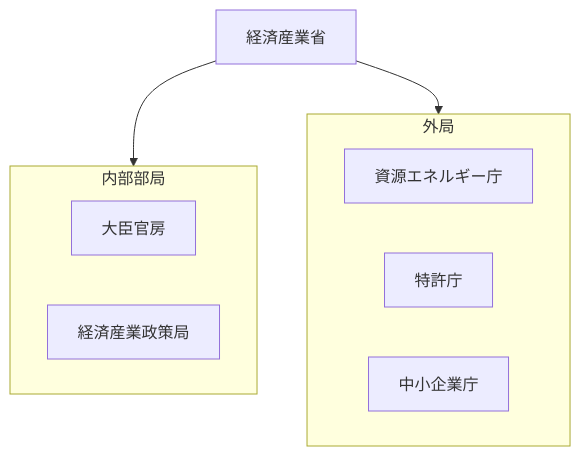
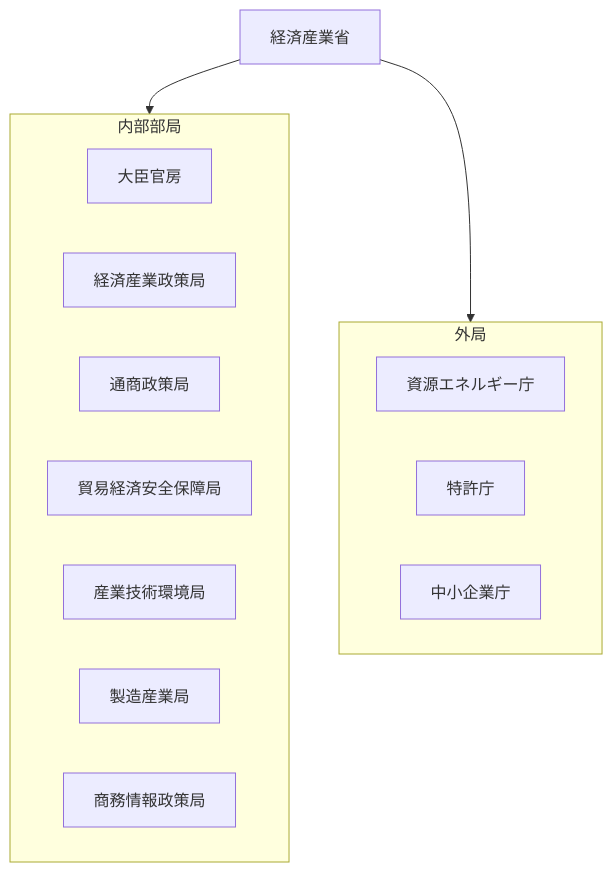
Before and after one commit to tatemaru/jp-admin-org-chart: the diagram in 行政機構/経済産業省/README.md, drawn with Mermaid. The commit also changed 12 other files, not shown here.

First line of the commit message:
chore(snapshot): 行政機構図 2025.8 に追従

````diff
--- a/行政機構/経済産業省/README.md
+++ b/行政機構/経済産業省/README.md
@@ -5,15 +5,20 @@
 ```mermaid
 flowchart TB
   root["経済産業省"]
   subgraph g0["内部部局"]
     n0_0["大臣官房"]
     n0_1["経済産業政策局"]
+    n0_2["通商政策局"]
+    n0_3["貿易経済安全保障局"]
+    n0_4["産業技術環境局"]
+    n0_5["製造産業局"]
+    n0_6["商務情報政策局"]
   end
   root --> g0
   subgraph g1["外局"]
     n1_0["資源エネルギー庁"]
     n1_1["特許庁"]
     n1_2["中小企業庁"]
   end
   root --> g1
 ```
````
